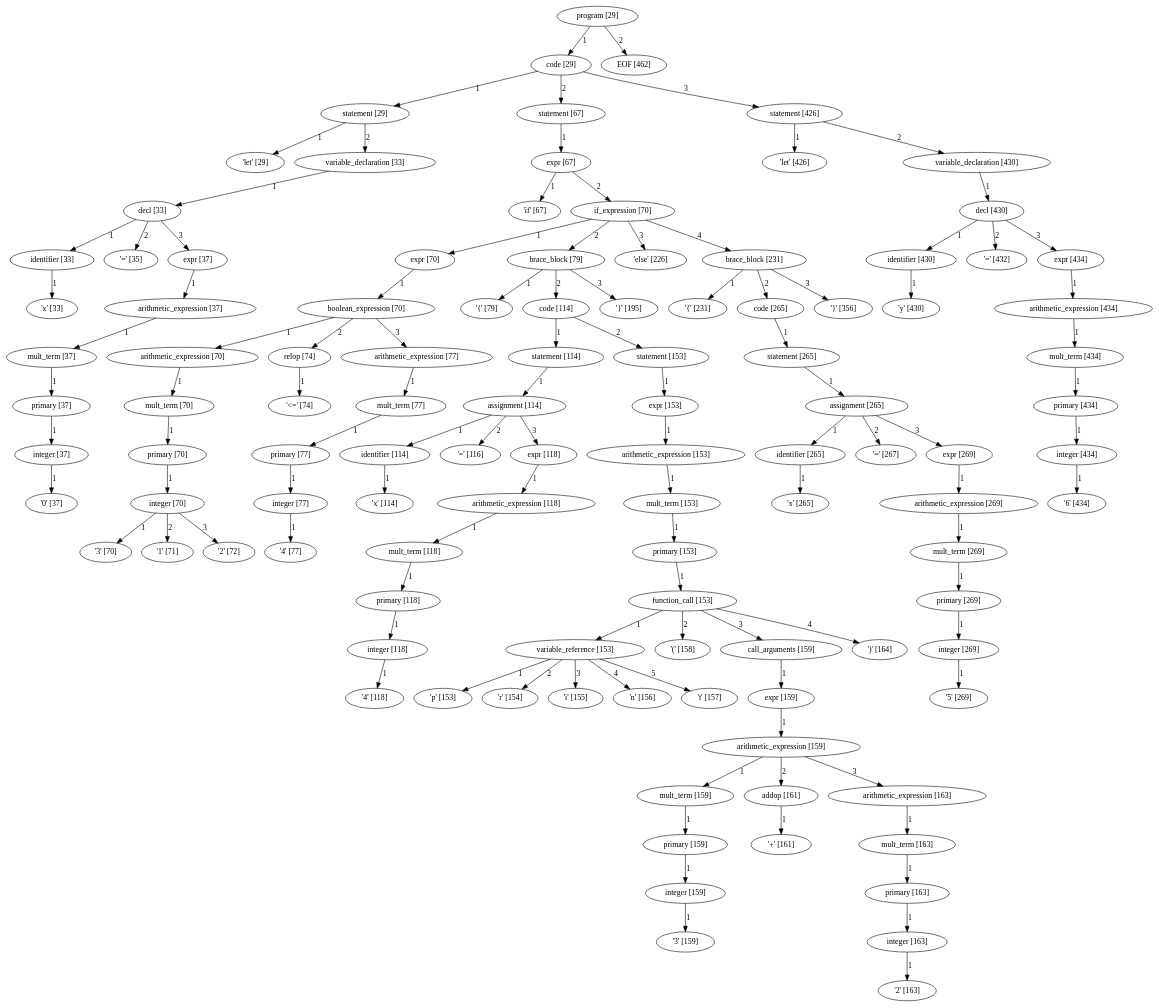
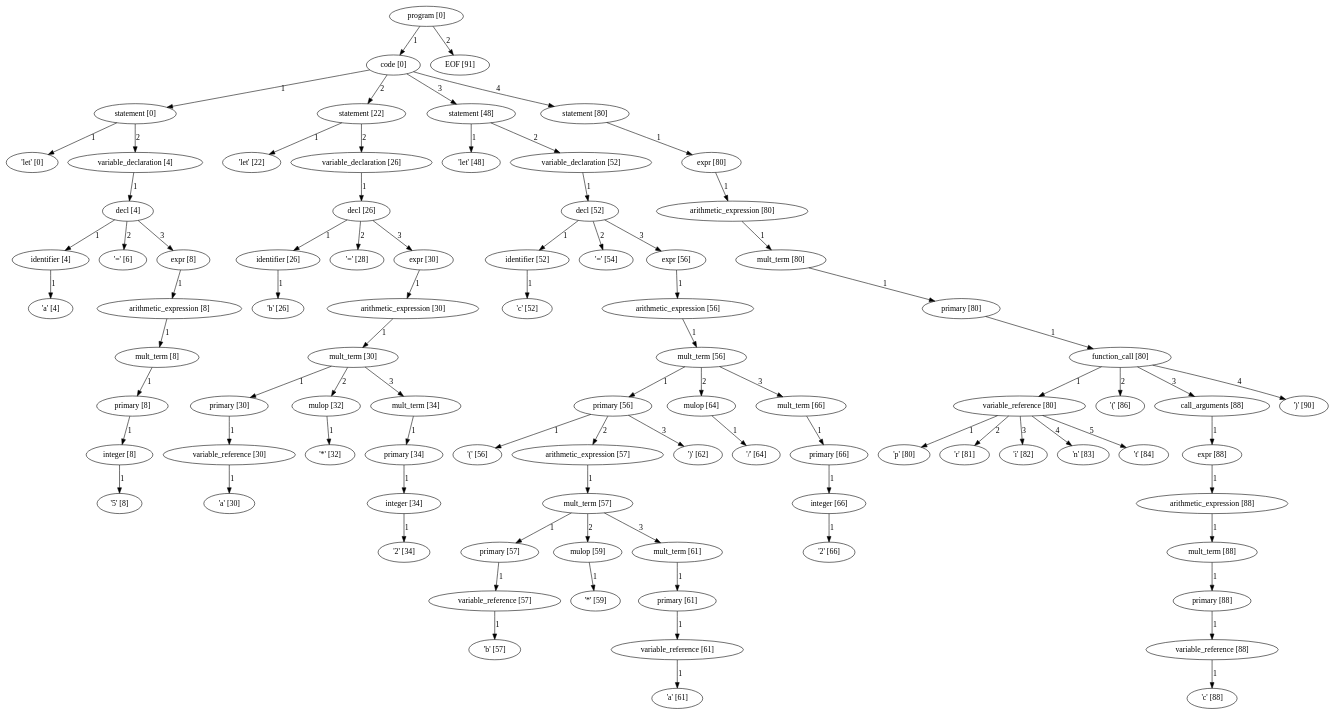
The diagram in program_parse_tree.dot (pragdave/cs3342_smurf), drawn with Graphviz before and after one commit. The commit also changed 2 other files, not shown here.

Commit message:
Added AST support for arithmetic, variables, and print()

```diff
--- a/program_parse_tree.dot
+++ b/program_parse_tree.dot
@@ -1,324 +1,258 @@
 digraph arpeggio_graph {
-2444683591744 [label="program [29]"];
-2444683591744->2444683592128 [label="1"]
+1553517632320 [label="program [0]"];
+1553517632320->1553517632192 [label="1"]
 
-2444683592128 [label="code [29]"];
-2444683592128->2444678294976 [label="1"]
+1553517632192 [label="code [0]"];
+1553517632192->1553498173248 [label="1"]
 
-2444678294976 [label="statement [29]"];
-2444678294976->2444676218432 [label="1"]
+1553498173248 [label="statement [0]"];
+1553498173248->1553496260160 [label="1"]
 
-2444676218432 [label=" 'let' [29]"];
-2444678294976->2444678294848 [label="2"]
+1553496260160 [label=" 'let' [0]"];
+1553498173248->1553498173120 [label="2"]
 
-2444678294848 [label="variable_declaration [33]"];
-2444678294848->2444678294720 [label="1"]
+1553498173120 [label="variable_declaration [4]"];
+1553498173120->1553498172992 [label="1"]
 
-2444678294720 [label="decl [33]"];
-2444678294720->2444678291648 [label="1"]
+1553498172992 [label="decl [4]"];
+1553498172992->1553498169920 [label="1"]
 
-2444678291648 [label="identifier [33]"];
-2444678291648->2444678283552 [label="1"]
+1553498169920 [label="identifier [4]"];
+1553498169920->1553498104096 [label="1"]
 
-2444678283552 [label=" 'x' [33]"];
-2444678294720->2444678283664 [label="2"]
+1553498104096 [label=" 'a' [4]"];
+1553498172992->1553498104208 [label="2"]
 
-2444678283664 [label=" '=' [35]"];
-2444678294720->2444678294592 [label="3"]
+1553498104208 [label=" '=' [6]"];
+1553498172992->1553498172864 [label="3"]
 
-2444678294592 [label="expr [37]"];
-2444678294592->2444678294464 [label="1"]
+1553498172864 [label="expr [8]"];
+1553498172864->1553498172736 [label="1"]
 
-2444678294464 [label="arithmetic_expression [37]"];
-2444678294464->2444678294336 [label="1"]
+1553498172736 [label="arithmetic_expression [8]"];
+1553498172736->1553498172608 [label="1"]
 
-2444678294336 [label="mult_term [37]"];
-2444678294336->2444678294208 [label="1"]
+1553498172608 [label="mult_term [8]"];
+1553498172608->1553498172480 [label="1"]
 
-2444678294208 [label="primary [37]"];
-2444678294208->2444678294080 [label="1"]
+1553498172480 [label="primary [8]"];
+1553498172480->1553498172352 [label="1"]
 
-2444678294080 [label="integer [37]"];
-2444678294080->2444678284560 [label="1"]
+1553498172352 [label="integer [8]"];
+1553498172352->1553498105104 [label="1"]
 
-2444678284560 [label=" '0' [37]"];
-2444683592128->2444678386368 [label="2"]
+1553498105104 [label=" '5' [8]"];
+1553517632192->1553498770752 [label="2"]
 
-2444678386368 [label="statement [67]"];
-2444678386368->2444678386496 [label="1"]
+1553498770752 [label="statement [22]"];
+1553498770752->1553498105216 [label="1"]
 
-2444678386496 [label="expr [67]"];
-2444678386496->2444678284448 [label="1"]
+1553498105216 [label=" 'let' [22]"];
+1553498770752->1553498770624 [label="2"]
 
-2444678284448 [label=" 'if' [67]"];
-2444678386496->2444678386112 [label="2"]
+1553498770624 [label="variable_declaration [26]"];
+1553498770624->1553498770496 [label="1"]
 
-2444678386112 [label="if_expression [70]"];
-2444678386112->2444678293824 [label="1"]
+1553498770496 [label="decl [26]"];
+1553498770496->1553498171328 [label="1"]
 
-2444678293824 [label="expr [70]"];
-2444678293824->2444678293952 [label="1"]
+1553498171328 [label="identifier [26]"];
+1553498171328->1553498104656 [label="1"]
 
-2444678293952 [label="boolean_expression [70]"];
-2444678293952->2444678293696 [label="1"]
+1553498104656 [label=" 'b' [26]"];
+1553498770496->1553498104432 [label="2"]
 
-2444678293696 [label="arithmetic_expression [70]"];
-2444678293696->2444678292416 [label="1"]
+1553498104432 [label=" '=' [28]"];
+1553498770496->1553498770368 [label="3"]
 
-2444678292416 [label="mult_term [70]"];
-2444678292416->2444678292544 [label="1"]
+1553498770368 [label="expr [30]"];
+1553498770368->1553498770240 [label="1"]
 
-2444678292544 [label="primary [70]"];
-2444678292544->2444678291776 [label="1"]
+1553498770240 [label="arithmetic_expression [30]"];
+1553498770240->1553498770112 [label="1"]
 
-2444678291776 [label="integer [70]"];
-2444678291776->2444678285568 [label="1"]
+1553498770112 [label="mult_term [30]"];
+1553498770112->1553498769216 [label="1"]
 
-2444678285568 [label=" '3' [70]"];
-2444678291776->2444678285680 [label="2"]
+1553498769216 [label="primary [30]"];
+1553498769216->1553498769088 [label="1"]
 
-2444678285680 [label=" '1' [71]"];
-2444678291776->2444678285792 [label="3"]
+1553498769088 [label="variable_reference [30]"];
+1553498769088->1553498106448 [label="1"]
 
-2444678285792 [label=" '2' [72]"];
-2444678293952->2444678293568 [label="2"]
+1553498106448 [label=" 'a' [30]"];
+1553498770112->1553498769344 [label="2"]
 
-2444678293568 [label="relop [74]"];
-2444678293568->2444678285904 [label="1"]
+1553498769344 [label="mulop [32]"];
+1553498769344->1553498106560 [label="1"]
 
-2444678285904 [label=" '<=' [74]"];
-2444678293952->2444678293184 [label="3"]
+1553498106560 [label=" '*' [32]"];
+1553498770112->1553498769984 [label="3"]
 
-2444678293184 [label="arithmetic_expression [77]"];
-2444678293184->2444678293312 [label="1"]
+1553498769984 [label="mult_term [34]"];
+1553498769984->1553498769856 [label="1"]
 
-2444678293312 [label="mult_term [77]"];
-2444678293312->2444678293440 [label="1"]
+1553498769856 [label="primary [34]"];
+1553498769856->1553498769728 [label="1"]
 
-2444678293440 [label="primary [77]"];
-2444678293440->2444678292032 [label="1"]
+1553498769728 [label="integer [34]"];
+1553498769728->1553498106784 [label="1"]
 
-2444678292032 [label="integer [77]"];
-2444678292032->2444678283776 [label="1"]
+1553498106784 [label=" '2' [34]"];
+1553517632192->1553504275392 [label="3"]
 
-2444678283776 [label=" '4' [77]"];
-2444678386112->2444684053952 [label="2"]
+1553504275392 [label="statement [48]"];
+1553504275392->1553498106896 [label="1"]
 
-2444684053952 [label="brace_block [79]"];
-2444684053952->2444678284000 [label="1"]
+1553498106896 [label=" 'let' [48]"];
+1553504275392->1553504275264 [label="2"]
 
-2444678284000 [label=" '{' [79]"];
-2444684053952->2444684053824 [label="2"]
+1553504275264 [label="variable_declaration [52]"];
+1553504275264->1553504275136 [label="1"]
 
-2444684053824 [label="code [114]"];
-2444684053824->2444678387648 [label="1"]
+1553504275136 [label="decl [52]"];
+1553504275136->1553498171968 [label="1"]
 
-2444678387648 [label="statement [114]"];
-2444678387648->2444678387520 [label="1"]
+1553498171968 [label="identifier [52]"];
+1553498171968->1553498105328 [label="1"]
 
-2444678387520 [label="assignment [114]"];
-2444678387520->2444678292800 [label="1"]
+1553498105328 [label=" 'c' [52]"];
+1553504275136->1553498105664 [label="2"]
 
-2444678292800 [label="identifier [114]"];
-2444678292800->2444678284112 [label="1"]
+1553498105664 [label=" '=' [54]"];
+1553504275136->1553504275008 [label="3"]
 
-2444678284112 [label=" 'x' [114]"];
-2444678387520->2444678284672 [label="2"]
+1553504275008 [label="expr [56]"];
+1553504275008->1553504274880 [label="1"]
 
-2444678284672 [label=" '=' [116]"];
-2444678387520->2444678387392 [label="3"]
+1553504274880 [label="arithmetic_expression [56]"];
+1553504274880->1553504274752 [label="1"]
 
-2444678387392 [label="expr [118]"];
-2444678387392->2444678387264 [label="1"]
+1553504274752 [label="mult_term [56]"];
+1553504274752->1553504273856 [label="1"]
 
-2444678387264 [label="arithmetic_expression [118]"];
-2444678387264->2444678387136 [label="1"]
+1553504273856 [label="primary [56]"];
+1553504273856->1553499319088 [label="1"]
 
-2444678387136 [label="mult_term [118]"];
-2444678387136->2444678387008 [label="1"]
+1553499319088 [label=" '(' [56]"];
+1553504273856->1553504273728 [label="2"]
 
-2444678387008 [label="primary [118]"];
-2444678387008->2444678386880 [label="1"]
+1553504273728 [label="arithmetic_expression [57]"];
+1553504273728->1553504273600 [label="1"]
 
-2444678386880 [label="integer [118]"];
-2444678386880->2444678285232 [label="1"]
+1553504273600 [label="mult_term [57]"];
+1553504273600->1553504272448 [label="1"]
 
-2444678285232 [label=" '4' [118]"];
-2444684053824->2444684053696 [label="2"]
+1553504272448 [label="primary [57]"];
+1553504272448->1553502990144 [label="1"]
 
-2444684053696 [label="statement [153]"];
-2444684053696->2444684053568 [label="1"]
+1553502990144 [label="variable_reference [57]"];
+1553502990144->1553499320096 [label="1"]
 
-2444684053568 [label="expr [153]"];
-2444684053568->2444684053440 [label="1"]
+1553499320096 [label=" 'b' [57]"];
+1553504273600->1553504272576 [label="2"]
 
-2444684053440 [label="arithmetic_expression [153]"];
-2444684053440->2444684053312 [label="1"]
+1553504272576 [label="mulop [59]"];
+1553504272576->1553499320208 [label="1"]
 
-2444684053312 [label="mult_term [153]"];
-2444684053312->2444684053184 [label="1"]
+1553499320208 [label=" '*' [59]"];
+1553504273600->1553504273472 [label="3"]
 
-2444684053184 [label="primary [153]"];
-2444684053184->2444684053056 [label="1"]
+1553504273472 [label="mult_term [61]"];
+1553504273472->1553504273344 [label="1"]
 
-2444684053056 [label="function_call [153]"];
-2444684053056->2444683593280 [label="1"]
+1553504273344 [label="primary [61]"];
+1553504273344->1553504273216 [label="1"]
 
-2444683593280 [label="variable_reference [153]"];
-2444683593280->2444683567616 [label="1"]
+1553504273216 [label="variable_reference [61]"];
+1553504273216->1553504297360 [label="1"]
 
-2444683567616 [label=" 'p' [153]"];
-2444683593280->2444683567728 [label="2"]
+1553504297360 [label=" 'a' [61]"];
+1553504273856->1553504297472 [label="3"]
 
-2444683567728 [label=" 'r' [154]"];
-2444683593280->2444683567840 [label="3"]
+1553504297472 [label=" ')' [62]"];
+1553504274752->1553504273984 [label="2"]
 
-2444683567840 [label=" 'i' [155]"];
-2444683593280->2444683567952 [label="4"]
+1553504273984 [label="mulop [64]"];
+1553504273984->1553504297584 [label="1"]
 
-2444683567952 [label=" 'n' [156]"];
-2444683593280->2444683568064 [label="5"]
+1553504297584 [label=" '/' [64]"];
+1553504274752->1553504274624 [label="3"]
 
-2444683568064 [label=" 't' [157]"];
-2444684053056->2444683568176 [label="2"]
+1553504274624 [label="mult_term [66]"];
+1553504274624->1553504274496 [label="1"]
 
-2444683568176 [label=" '(' [158]"];
-2444684053056->2444684052928 [label="3"]
+1553504274496 [label="primary [66]"];
+1553504274496->1553504274368 [label="1"]
 
-2444684052928 [label="call_arguments [159]"];
-2444684052928->2444684052800 [label="1"]
+1553504274368 [label="integer [66]"];
+1553504274368->1553504297808 [label="1"]
 
-2444684052800 [label="expr [159]"];
-2444684052800->2444684052672 [label="1"]
+1553504297808 [label=" '2' [66]"];
+1553517632192->1553517632064 [label="4"]
 
-2444684052672 [label="arithmetic_expression [159]"];
-2444684052672->2444684051008 [label="1"]
+1553517632064 [label="statement [80]"];
+1553517632064->1553517631936 [label="1"]
 
-2444684051008 [label="mult_term [159]"];
-2444684051008->2444684050880 [label="1"]
+1553517631936 [label="expr [80]"];
+1553517631936->1553517631808 [label="1"]
 
-2444684050880 [label="primary [159]"];
-2444684050880->2444684050752 [label="1"]
+1553517631808 [label="arithmetic_expression [80]"];
+1553517631808->1553517631680 [label="1"]
 
-2444684050752 [label="integer [159]"];
-2444684050752->2444683569184 [label="1"]
+1553517631680 [label="mult_term [80]"];
+1553517631680->1553517631552 [label="1"]
 
-2444683569184 [label=" '3' [159]"];
-2444684052672->2444684051136 [label="2"]
+1553517631552 [label="primary [80]"];
+1553517631552->1553517631424 [label="1"]
 
-2444684051136 [label="addop [161]"];
-2444684051136->2444683569296 [label="1"]
+1553517631424 [label="function_call [80]"];
+1553517631424->1553515898560 [label="1"]
 
-2444683569296 [label=" '+' [161]"];
-2444684052672->2444684052544 [label="3"]
+1553515898560 [label="variable_reference [80]"];
+1553515898560->1553515267344 [label="1"]
 
-2444684052544 [label="arithmetic_expression [163]"];
-2444684052544->2444684052416 [label="1"]
+1553515267344 [label=" 'p' [80]"];
+1553515898560->1553515267456 [label="2"]
 
-2444684052416 [label="mult_term [163]"];
-2444684052416->2444684052288 [label="1"]
+1553515267456 [label=" 'r' [81]"];
+1553515898560->1553515267568 [label="3"]
 
-2444684052288 [label="primary [163]"];
-2444684052288->2444684052160 [label="1"]
+1553515267568 [label=" 'i' [82]"];
+1553515898560->1553515267680 [label="4"]
 
-2444684052160 [label="integer [163]"];
-2444684052160->2444683569744 [label="1"]
+1553515267680 [label=" 'n' [83]"];
+1553515898560->1553515267792 [label="5"]
 
-2444683569744 [label=" '2' [163]"];
-2444684053056->2444683569856 [label="4"]
+1553515267792 [label=" 't' [84]"];
+1553517631424->1553515267904 [label="2"]
 
-2444683569856 [label=" ')' [164]"];
-2444684053952->2444683569968 [label="3"]
+1553515267904 [label=" '(' [86]"];
+1553517631424->1553517631296 [label="3"]
 
-2444683569968 [label=" '}' [195]"];
-2444678386112->2444683570080 [label="3"]
+1553517631296 [label="call_arguments [88]"];
+1553517631296->1553517631168 [label="1"]
 
-2444683570080 [label=" 'else' [226]"];
-2444678386112->2444678386240 [label="4"]
+1553517631168 [label="expr [88]"];
+1553517631168->1553517631040 [label="1"]
 
-2444678386240 [label="brace_block [231]"];
-2444678386240->2444683570192 [label="1"]
+1553517631040 [label="arithmetic_expression [88]"];
+1553517631040->1553517630912 [label="1"]
 
-2444683570192 [label=" '{' [231]"];
-2444678386240->2444678385728 [label="2"]
+1553517630912 [label="mult_term [88]"];
+1553517630912->1553517630784 [label="1"]
 
-2444678385728 [label="code [265]"];
-2444678385728->2444678385856 [label="1"]
+1553517630784 [label="primary [88]"];
+1553517630784->1553517630656 [label="1"]
 
-2444678385856 [label="statement [265]"];
-2444678385856->2444678386752 [label="1"]
+1553517630656 [label="variable_reference [88]"];
+1553517630656->1553515269808 [label="1"]
 
-2444678386752 [label="assignment [265]"];
-2444678386752->2444674985792 [label="1"]
+1553515269808 [label=" 'c' [88]"];
+1553517631424->1553515269920 [label="4"]
 
-2444674985792 [label="identifier [265]"];
-2444674985792->2444676773808 [label="1"]
+1553515269920 [label=" ')' [90]"];
+1553517632320->1553515270032 [label="2"]
 
-2444676773808 [label=" 'x' [265]"];
-2444678386752->2444676773472 [label="2"]
-
-2444676773472 [label=" '=' [267]"];
-2444678386752->2444678385984 [label="3"]
-
-2444678385984 [label="expr [269]"];
-2444678385984->2444678388672 [label="1"]
-
-2444678388672 [label="arithmetic_expression [269]"];
-2444678388672->2444678389056 [label="1"]
-
-2444678389056 [label="mult_term [269]"];
-2444678389056->2444678389184 [label="1"]
-
-2444678389184 [label="primary [269]"];
-2444678389184->2444678389312 [label="1"]
-
-2444678389312 [label="integer [269]"];
-2444678389312->2444678286800 [label="1"]
-
-2444678286800 [label=" '5' [269]"];
-2444678386240->2444678286464 [label="3"]
-
-2444678286464 [label=" '}' [356]"];
-2444683592128->2444683592256 [label="3"]
-
-2444683592256 [label="statement [426]"];
-2444683592256->2444678286912 [label="1"]
-
-2444678286912 [label=" 'let' [426]"];
-2444683592256->2444683592384 [label="2"]
-
-2444683592384 [label="variable_declaration [430]"];
-2444683592384->2444683592512 [label="1"]
-
-2444683592512 [label="decl [430]"];
-2444683592512->2444678292672 [label="1"]
-
-2444678292672 [label="identifier [430]"];
-2444678292672->2444676773920 [label="1"]
-
-2444676773920 [label=" 'y' [430]"];
-2444683592512->2444678286128 [label="2"]
-
-2444678286128 [label=" '=' [432]"];
-2444683592512->2444683592640 [label="3"]
-
-2444683592640 [label="expr [434]"];
-2444683592640->2444683592768 [label="1"]
-
-2444683592768 [label="arithmetic_expression [434]"];
-2444683592768->2444683592896 [label="1"]
-
-2444683592896 [label="mult_term [434]"];
-2444683592896->2444683593024 [label="1"]
-
-2444683593024 [label="primary [434]"];
-2444683593024->2444683593152 [label="1"]
-
-2444683593152 [label="integer [434]"];
-2444683593152->2444678287248 [label="1"]
-
-2444678287248 [label=" '6' [434]"];
-2444683591744->2444683567392 [label="2"]
-
-2444683567392 [label="EOF [462]"];
+1553515270032 [label="EOF [91]"];
 }
```
